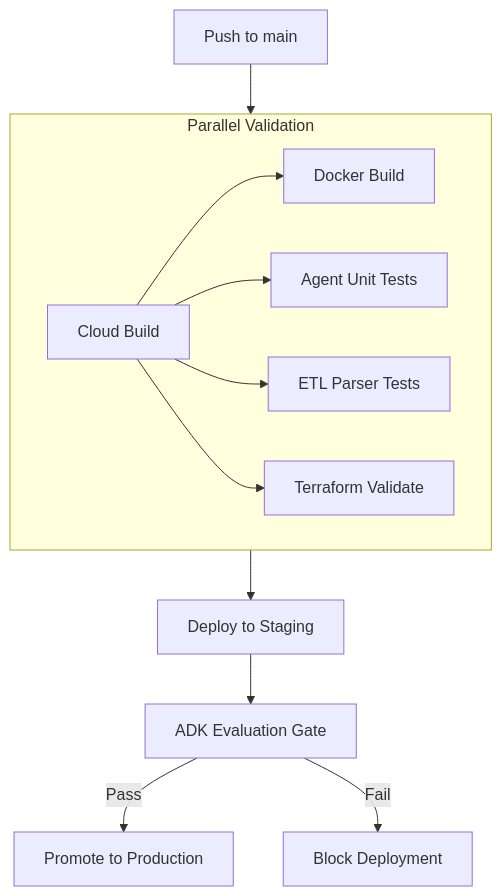
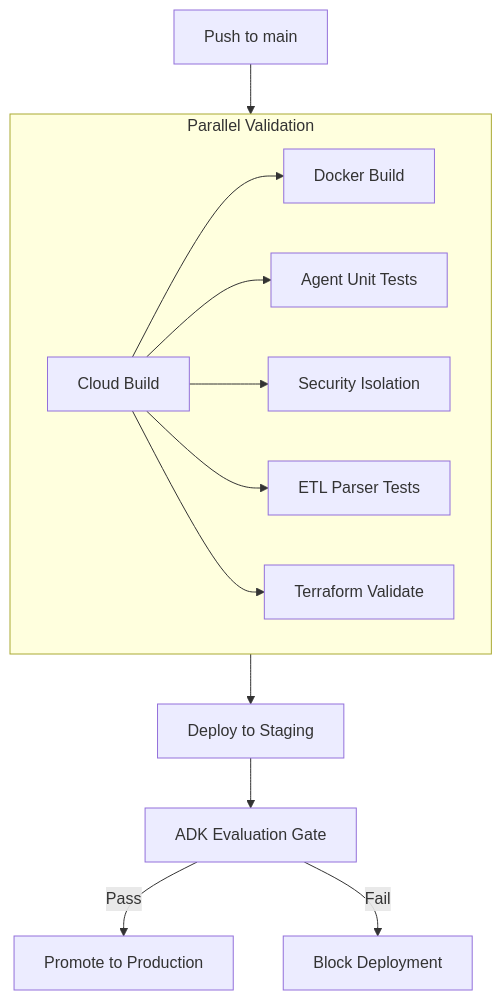
Before and after one commit to rezkabiri/jit-two-stage-retrieval: the second of 2 diagrams in README.md, drawn with Mermaid. The commit also changed other lines of this file and 5 other files, not shown here.

First line of the commit message:
feat: implement RBAC security gate and update system diagrams

````diff
--- a/README.md
+++ b/README.md
@@ -37,17 +38,18 @@
 ```mermaid
 graph TD
     Push[Push to main] --> CB[Cloud Build]
     
     subgraph Parallel_Checks [Parallel Validation]
         direction LR
         CB --> Docker[Docker Build]
         CB --> Unit[Agent Unit Tests]
+        CB --> Security[Security Isolation]
         CB --> ETL[ETL Parser Tests]
         CB --> TF[Terraform Validate]
     end
     
     Parallel_Checks --> DeployStaging[Deploy to Staging]
     DeployStaging --> EvalGate[ADK Evaluation Gate]
     EvalGate -- "Pass" --> Promote[Promote to Production]
     EvalGate -- "Fail" --> Block[Block Deployment]
 ```
````
